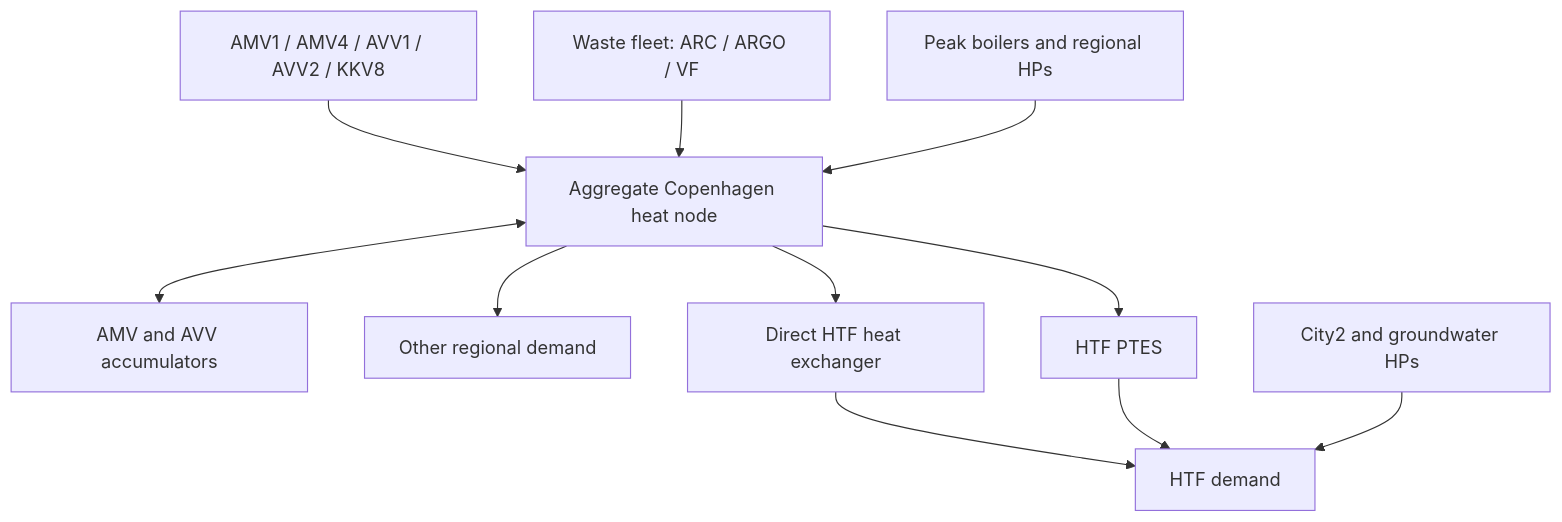
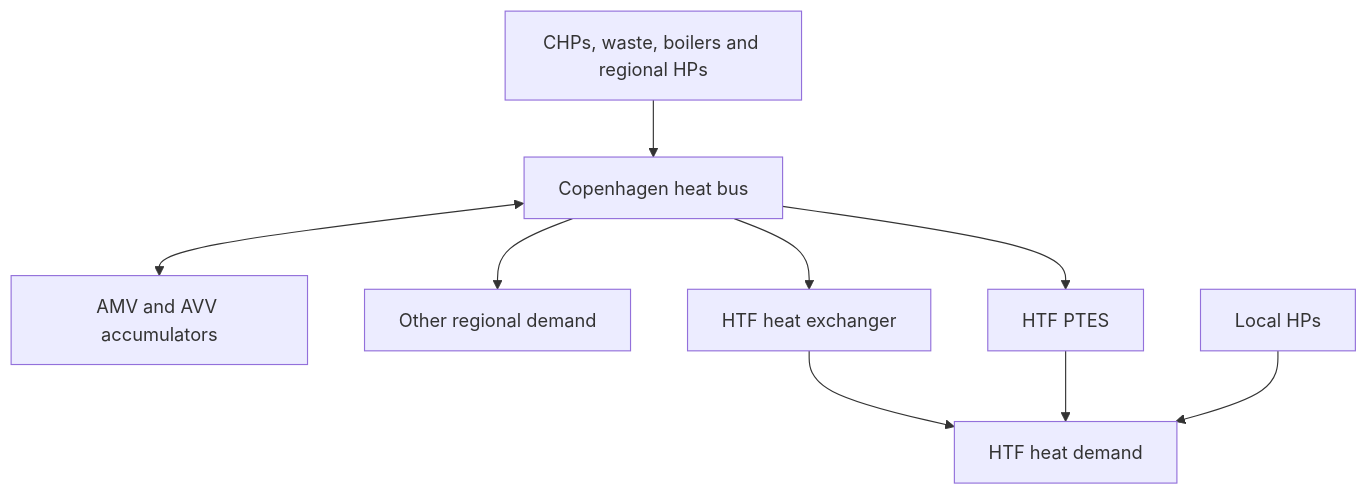
One commit to TomKae00/DynSys-Dynamic-Tariff changed the diagram in model/docs/formulation.md. Above: the diagram before and after it, drawn with Mermaid. The commit also changed other lines of this file and 16 other files, not shown here.

Commit message:
Implement Copenhagen dispatch and HTF tariff response in PyPSA

````diff
--- a/model/docs/formulation.md
+++ b/model/docs/formulation.md
@@ -36,13 +15,11 @@
 ```mermaid
 flowchart TD
-    CHP["AMV1 / AMV4 / AVV1 / AVV2 / KKV8"] --> U["Aggregate Copenhagen heat node"]
-    W["Waste fleet: ARC / ARGO / VF"] --> U
-    B["Peak boilers and regional HPs"] --> U
-    U <--> A["AMV and AVV accumulators"]
-    U --> R["Other regional demand"]
-    U --> H["Direct HTF heat exchanger"]
-    U --> S["HTF PTES"]
-    H --> L["HTF demand"]
+    G["CHPs, waste, boilers and regional HPs"] --> C["Copenhagen heat bus"]
+    C <--> A["AMV and AVV accumulators"]
+    C --> R["Other regional demand"]
+    C --> H["HTF heat exchanger"]
+    C --> S["HTF PTES"]
+    H --> L["HTF heat demand"]
     S --> L
-    P["City2 and groundwater HPs"] --> L
+    P["Local HPs"] --> L
 ```
````
